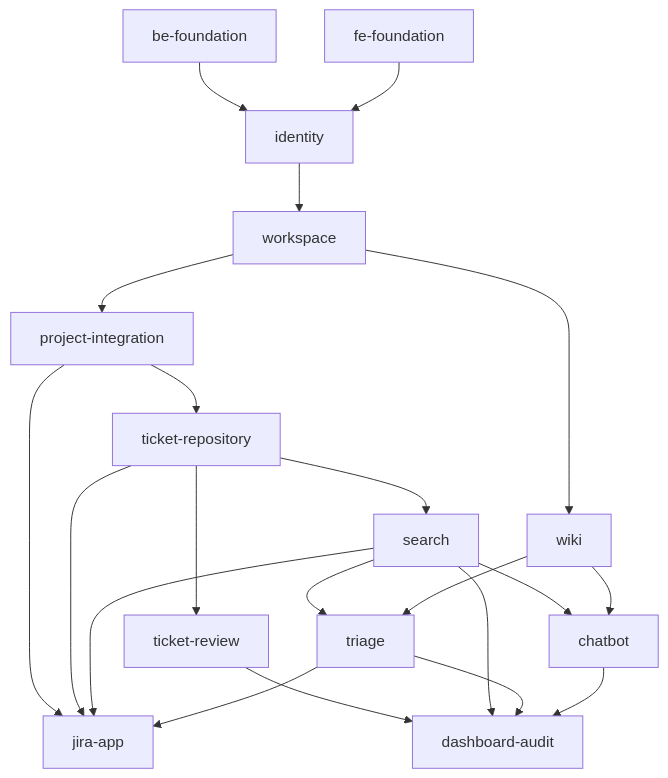
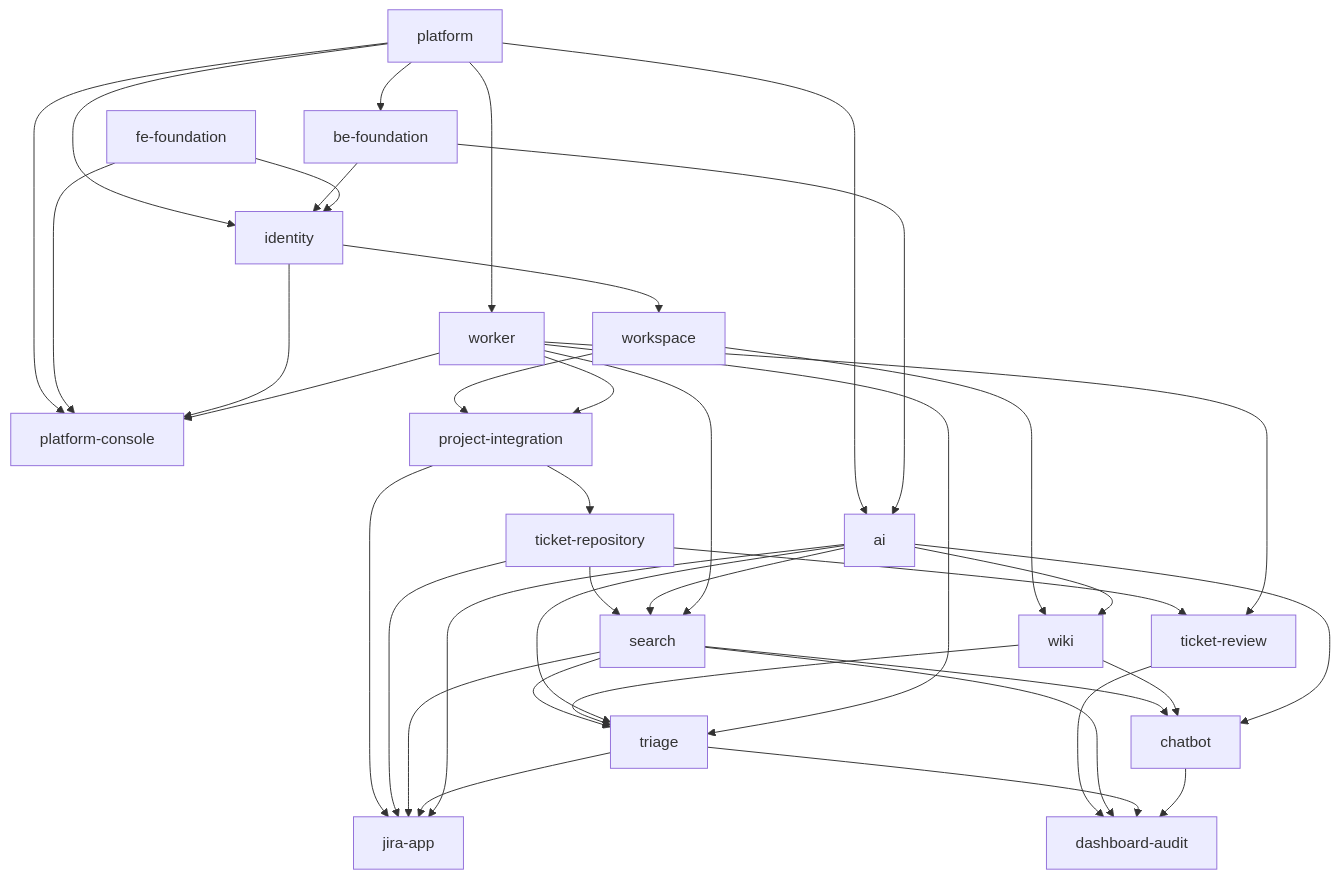
Before and after one commit to T-Solve-team/T-Solve: the diagram in harnessclaude/artifacts/03-modules/module-map.md, drawn with Mermaid. The commit also changed other lines of this file and 18 other files, not shown here.

First line of the commit message:
docs(harnessclaude): map the multi-tenant modules and architecture (KAN-195) (#61)

````diff
--- a/harnessclaude/artifacts/03-modules/module-map.md
+++ b/harnessclaude/artifacts/03-modules/module-map.md
@@ -37,23 +44,41 @@
 ```mermaid
 graph TD
-    BE[be-foundation] --> ID[identity]
+    PL[platform] --> BE[be-foundation]
+    PL --> ID[identity]
+    PL --> WR[worker]
+    PL --> AI[ai]
+    PL --> PC[platform-console]
+    BE --> AI
+    BE --> ID
     FE[fe-foundation] --> ID
+    FE --> PC
+    ID --> PC
+    WR --> PC
     ID --> WS[workspace]
     WS --> PI[project-integration]
+    WR --> PI
     WS --> WK[wiki]
+    AI --> WK
     PI --> TR[ticket-repository]
     TR --> SE[search]
+    AI --> SE
+    WR --> SE
     TR --> RV[ticket-review]
+    WR --> RV
     SE --> TG[triage]
     WK --> TG
+    AI --> TG
+    WR --> TG
     SE --> CB[chatbot]
     WK --> CB
+    AI --> CB
     PI --> JA[jira-app]
     TR --> JA
     SE --> JA
     TG --> JA
+    AI --> JA
     RV --> DA[dashboard-audit]
     SE --> DA
     TG --> DA
     CB --> DA
 ```
````
